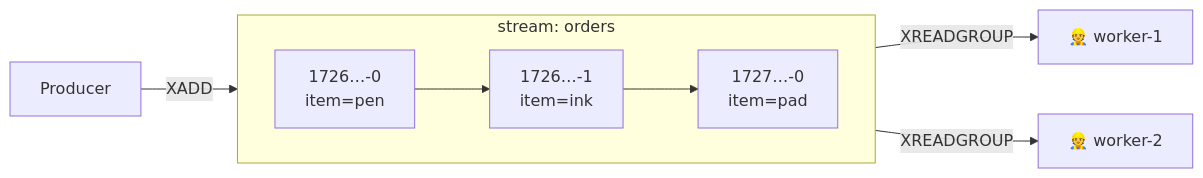
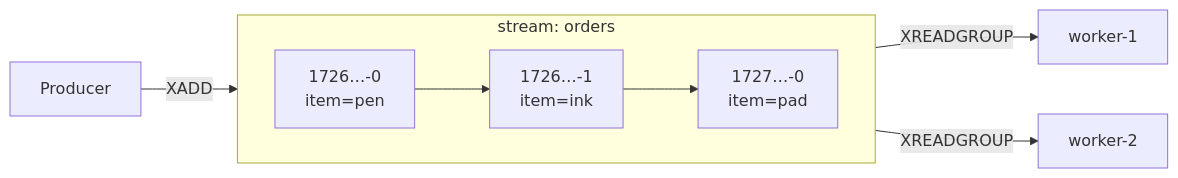
One commit to jamal474/slides changed the eighth of 53 diagrams in src/redis.md. Above: the diagram before and after it, drawn with Mermaid. The commit also changed other lines of this file, not shown here.

````diff
--- a/src/redis.md
+++ b/src/redis.md
@@ -482,10 +479,10 @@
 ```mermaid
 flowchart LR
   P1["Producer"] -- XADD --> S
   subgraph S["stream: orders"]
     direction LR
     e1["1726…-0<br/>item=pen"] --> e2["1726…-1<br/>item=ink"] --> e3["1727…-0<br/>item=pad"]
   end
-  S -- XREADGROUP --> G1["👷 worker-1"]
-  S -- XREADGROUP --> G2["👷 worker-2"]
+  S -- XREADGROUP --> G1["worker-1"]
+  S -- XREADGROUP --> G2["worker-2"]
 ```
````
